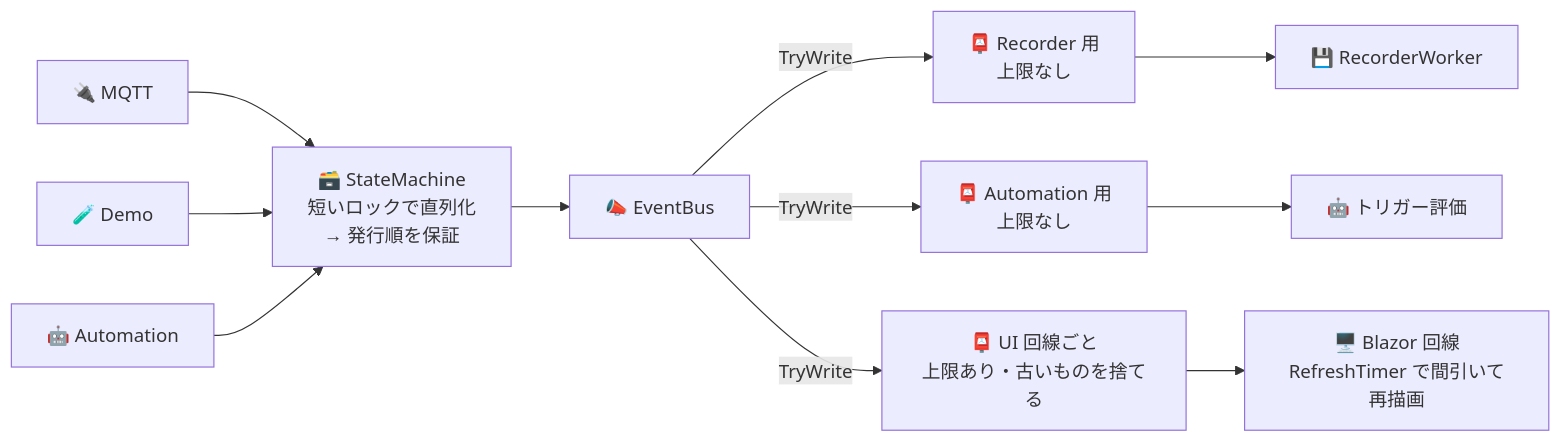
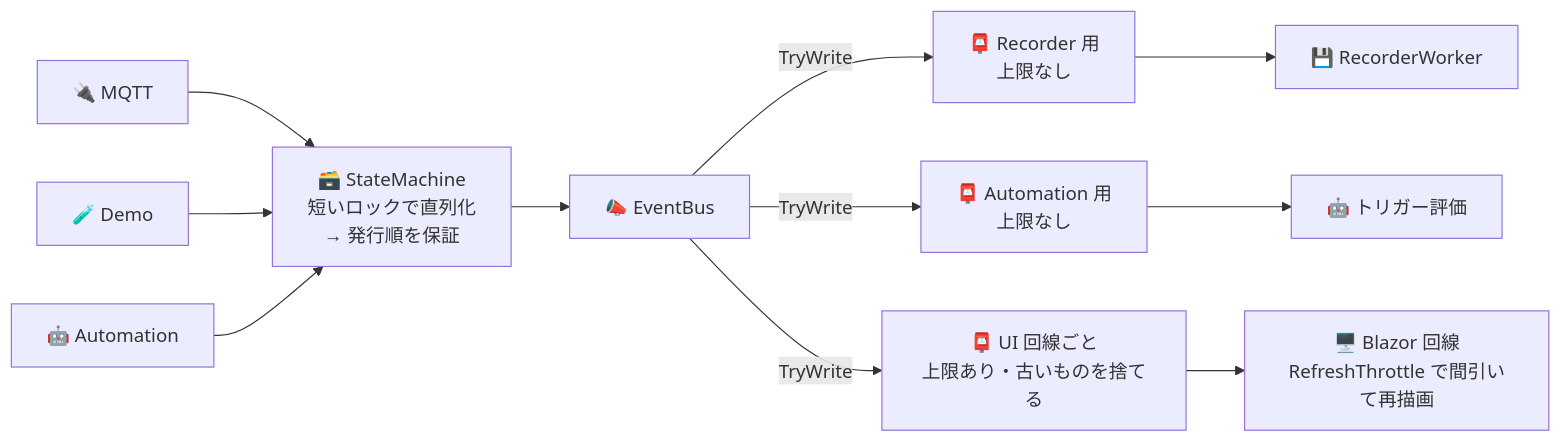
The second of 4 diagrams in docs/06-dotnet-architecture.md (usausa/home-manager), drawn with Mermaid before and after one commit. The commit also changed other lines of this file and 59 other files, not shown here.

````diff
--- a/docs/06-dotnet-architecture.md
+++ b/docs/06-dotnet-architecture.md
@@ -246,13 +245,13 @@
 ```mermaid
 flowchart LR
     I1["🔌 MQTT"] --> SM
     I2["🧪 Demo"] --> SM
     I3["🤖 Automation"] --> SM
     SM["🗃️ StateMachine<br/>短いロックで直列化<br/>→ 発行順を保証"] --> BUS["📣 EventBus"]
     BUS -->|"TryWrite"| C1["📮 Recorder 用<br/>上限なし"]
     BUS -->|"TryWrite"| C2["📮 Automation 用<br/>上限なし"]
     BUS -->|"TryWrite"| C3["📮 UI 回線ごと<br/>上限あり・古いものを捨てる"]
     C1 --> R["💾 RecorderWorker"]
     C2 --> A["🤖 トリガー評価"]
-    C3 --> U["🖥️ Blazor 回線<br/>RefreshTimer で間引いて再描画"]
+    C3 --> U["🖥️ Blazor 回線<br/>RefreshThrottle で間引いて再描画"]
 ```
````
